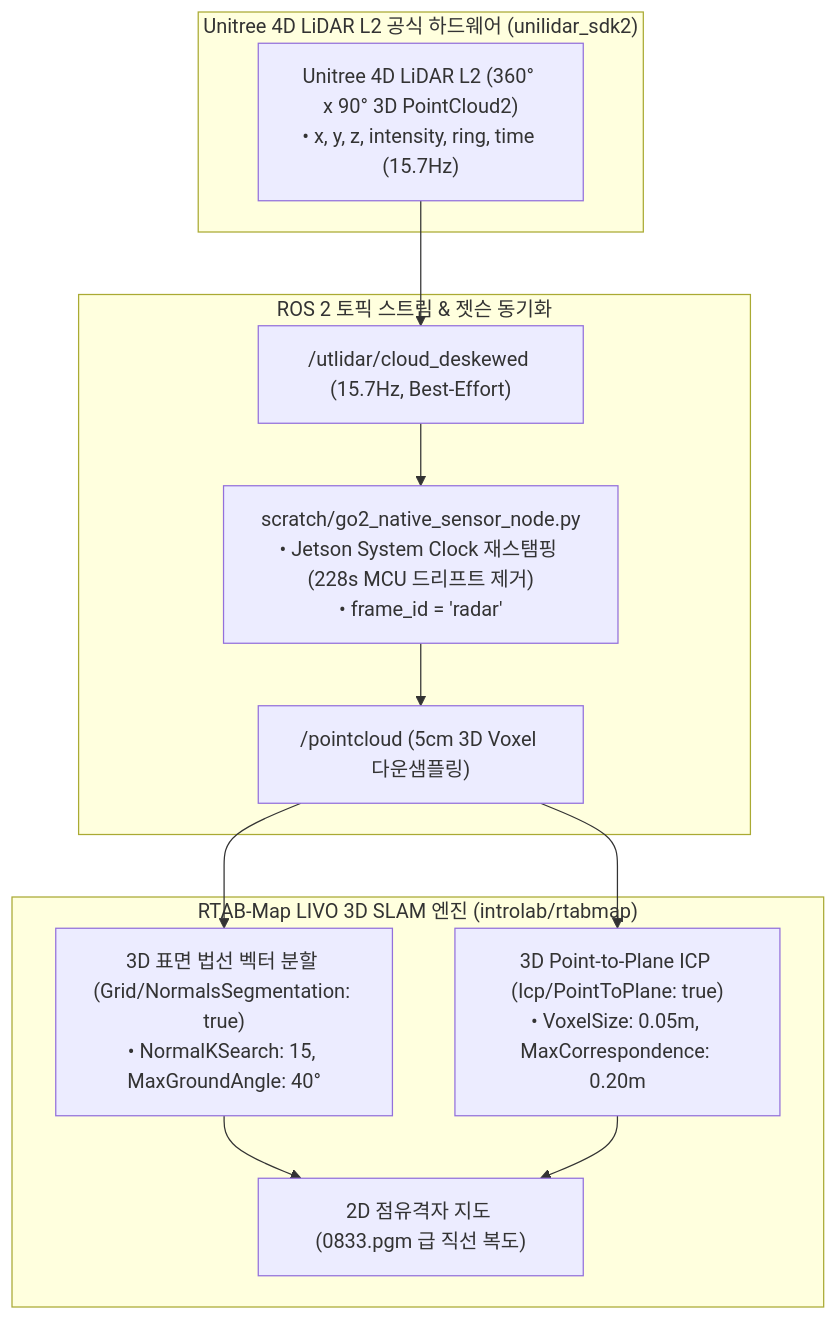
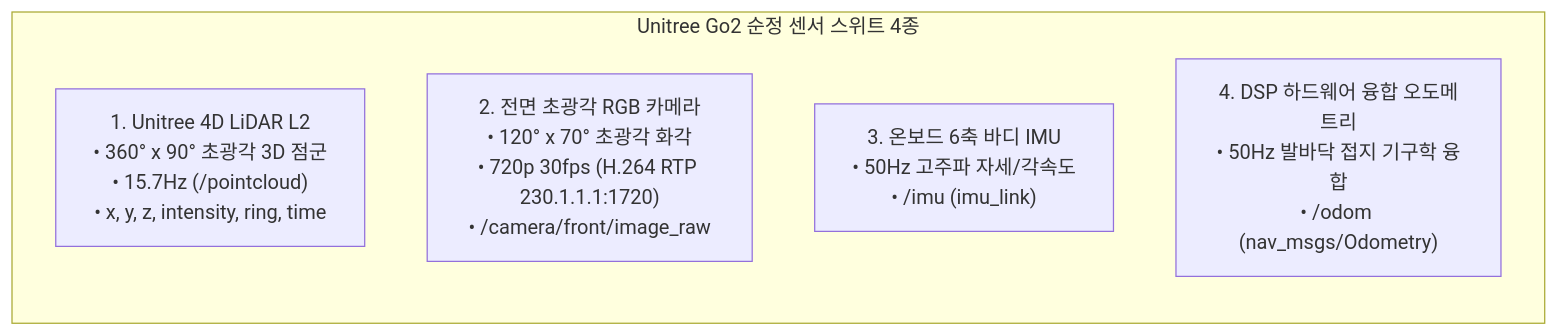
Before and after one commit to CGV-HGU/go2_ws: the first of 2 diagrams in docs/master_plan/[2026-08-27]_Unitree_Go2_L2라이다_전용_RTAB-Map_파라미터_최적화_및_완벽맵핑_마스터가이드.md, drawn with Mermaid. The commit also changed other lines of this file, not shown here.

Commit message:
docs(master_plan): establish comprehensive ESCAPE-Nav system overview, sensor suite specs, LIVO architecture definition & necessity, and RTAB-Map parameter optimization

````diff
--- a/docs/master_plan/[2026-08-27]_Unitree_Go2_L2라이다_전용_RTAB-Map_파라미터_최적화_및_완벽맵핑_마스터가이드.md
+++ b/docs/master_plan/[2026-08-27]_Unitree_Go2_L2라이다_전용_RTAB-Map_파라미터_최적화_및_완벽맵핑_마스터가이드.md
@@ -34,20 +27,9 @@
 ```mermaid
-graph TD
-    subgraph "Unitree 4D LiDAR L2 공식 하드웨어 (unilidar_sdk2)"
-        LIDAR["Unitree 4D LiDAR L2 (360° x 90° 3D PointCloud2)<br/>• x, y, z, intensity, ring, time (15.7Hz)"]
+graph LR
+    subgraph "Unitree Go2 순정 센서 스위트 4종"
+        S1["1. Unitree 4D LiDAR L2<br/>• 360° x 90° 초광각 3D 점군<br/>• 15.7Hz (/pointcloud)<br/>• x, y, z, intensity, ring, time"]
+        S2["2. 전면 초광각 RGB 카메라<br/>• 120° x 70° 초광각 화각<br/>• 720p 30fps (H.264 RTP 230.1.1.1:1720)<br/>• /camera/front/image_raw"]
+        S3["3. 온보드 6축 바디 IMU<br/>• 50Hz 고주파 자세/각속도<br/>• /imu (imu_link)"]
+        S4["4. DSP 하드웨어 융합 오도메트리<br/>• 50Hz 발바닥 접지 기구학 융합<br/>• /odom (nav_msgs/Odometry)"]
     end
-
-    subgraph "ROS 2 토픽 스트림 & 젯슨 동기화"
-        RAW["/utlidar/cloud_deskewed (15.7Hz, Best-Effort)"]
-        SYNC["scratch/go2_native_sensor_node.py<br/>• Jetson System Clock 재스탬핑 (228s MCU 드리프트 제거)<br/>• frame_id = 'radar'"]
-        TOPIC["/pointcloud (5cm 3D Voxel 다운샘플링)"]
-    end
-
-    subgraph "RTAB-Map LIVO 3D SLAM 엔진 (introlab/rtabmap)"
-        NORM["3D 표면 법선 벡터 분할 (Grid/NormalsSegmentation: true)<br/>• NormalKSearch: 15, MaxGroundAngle: 40°"]
-        ICP["3D Point-to-Plane ICP (Icp/PointToPlane: true)<br/>• VoxelSize: 0.05m, MaxCorrespondence: 0.20m"]
-        GRID["2D 점유격자 지도 (0833.pgm 급 직선 복도)"]
-    end
-
-    LIDAR --> RAW --> SYNC --> TOPIC --> NORM & ICP --> GRID
 ```
````
